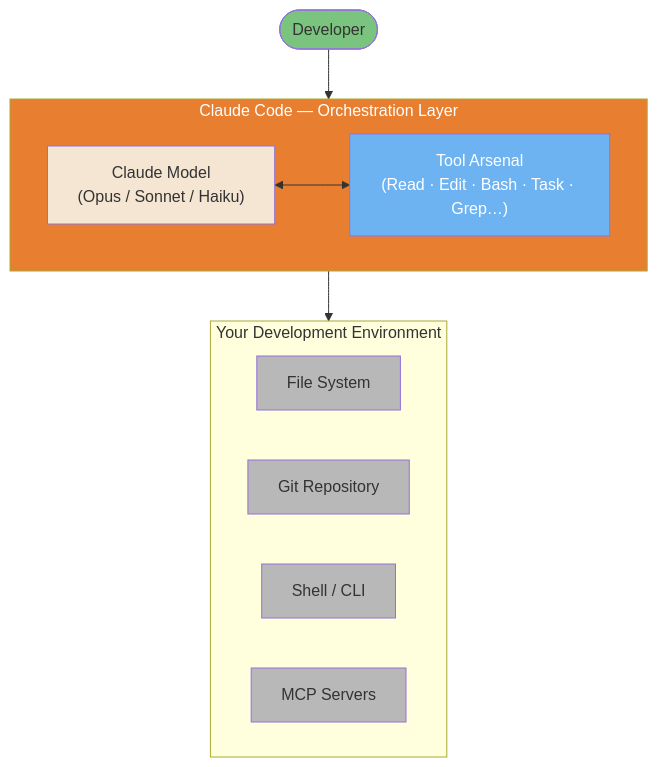
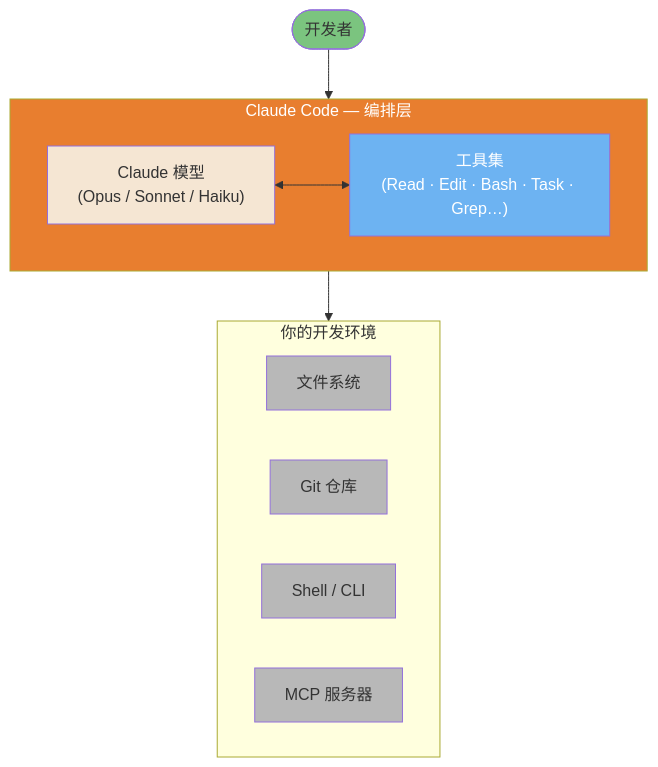
One commit to lawrencewzen/aispark-wiki changed the diagram in claude-code/core/architecture.md. Above: the diagram before and after it, drawn with Mermaid. The commit also changed other lines of this file and 82 other files, not shown here.

First line of the commit message:
feat: 完成 claude-code/ 目录全量中文翻译

````diff
--- a/claude-code/core/architecture.md
+++ b/claude-code/core/architecture.md
@@ -57,28 +55,28 @@
 ```mermaid
 flowchart TB
-    DEV([Developer]) --> CC
+    DEV([开发者]) --> CC
 
-    subgraph CC["Claude Code — Orchestration Layer"]
-        CLAUDE["Claude Model\n(Opus / Sonnet / Haiku)"]
-        TOOLS["Tool Arsenal\n(Read · Edit · Bash · Task · Grep…)"]
+    subgraph CC["Claude Code — 编排层"]
+        CLAUDE["Claude 模型\n(Opus / Sonnet / Haiku)"]
+        TOOLS["工具集\n(Read · Edit · Bash · Task · Grep…)"]
         CLAUDE <--> TOOLS
     end
 
     CC --> ENV
 
-    subgraph ENV["Your Development Environment"]
-        FS[File System]
-        GIT[Git Repository]
+    subgraph ENV["你的开发环境"]
+        FS[文件系统]
+        GIT[Git 仓库]
         SHELL[Shell / CLI]
-        MCP[MCP Servers]
+        MCP[MCP 服务器]
     end
 
     style CC fill:#E87E2F,color:#fff
     style CLAUDE fill:#F5E6D3,color:#333
     style TOOLS fill:#6DB3F2,color:#fff
     style DEV fill:#7BC47F,color:#333
     style FS fill:#B8B8B8,color:#333
     style GIT fill:#B8B8B8,color:#333
     style SHELL fill:#B8B8B8,color:#333
     style MCP fill:#B8B8B8,color:#333
 ```
````
